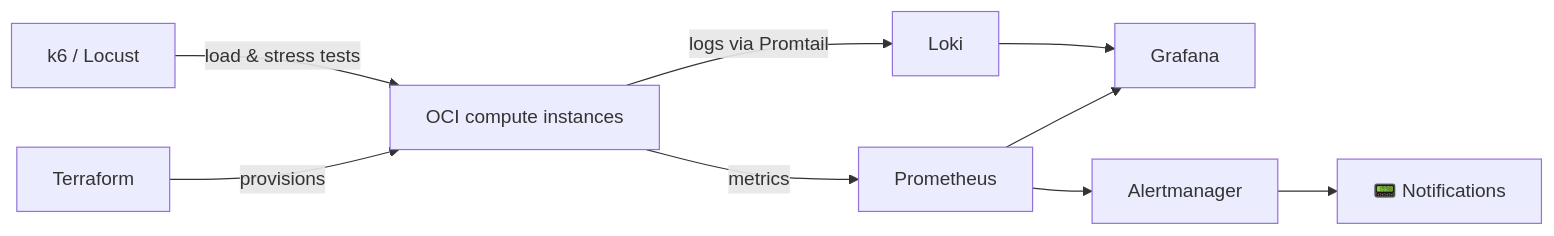
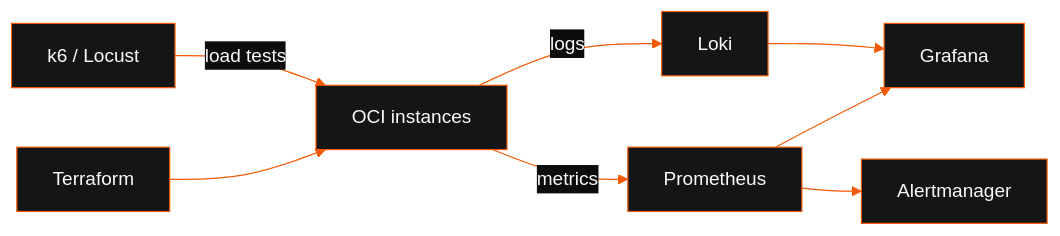
Before and after one commit to TanimSec/TanimSec: the second of 3 diagrams in README.md, drawn with Mermaid. The commit also changed other lines of this file and 28 other files, not shown here.

````diff
--- a/README.md
+++ b/README.md
@@ -175,10 +144,9 @@
 ```mermaid
+%%{init: {'theme':'base','themeVariables':{'primaryColor':'#141517','primaryTextColor':'#fafafa','primaryBorderColor':'#F65802','lineColor':'#F65802','edgeLabelBackground':'#0c0d0e','fontFamily':'Inter, Segoe UI, sans-serif'}}}%%
 flowchart LR
-    TF["Terraform"] -->|provisions| VMs["OCI compute instances"]
-    VMs -->|metrics| P["Prometheus"]
-    VMs -->|logs via Promtail| LK["Loki"]
-    P --> G["Grafana"]
-    LK --> G
-    P --> AM["Alertmanager"] --> N["📟 Notifications"]
-    K6["k6 / Locust"] -->|load & stress tests| VMs
+    TF["Terraform"] --> VM["OCI instances"]
+    VM -->|metrics| P["Prometheus"] --> G["Grafana"]
+    VM -->|logs| LK["Loki"] --> G
+    P --> AM["Alertmanager"]
+    K["k6 / Locust"] -->|load tests| VM
 ```
````
